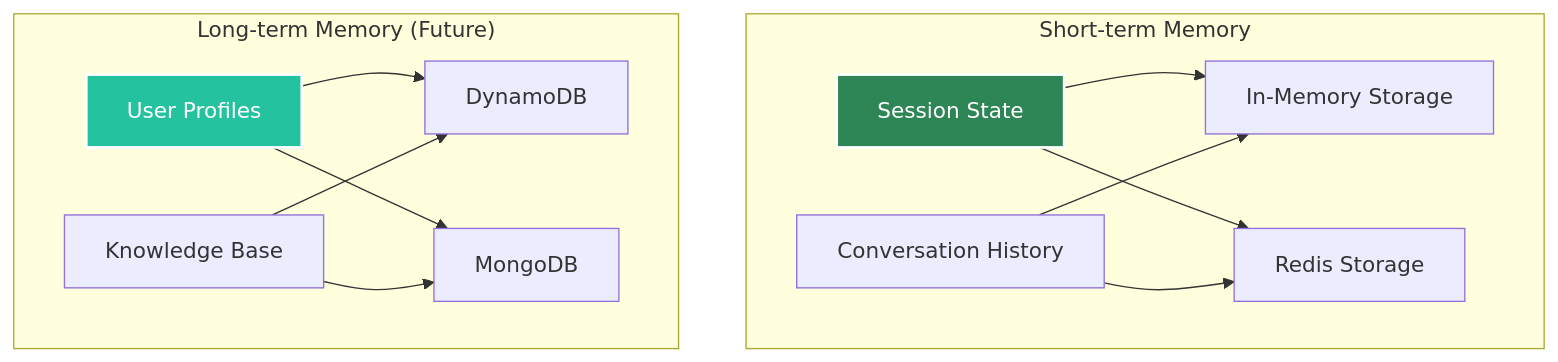
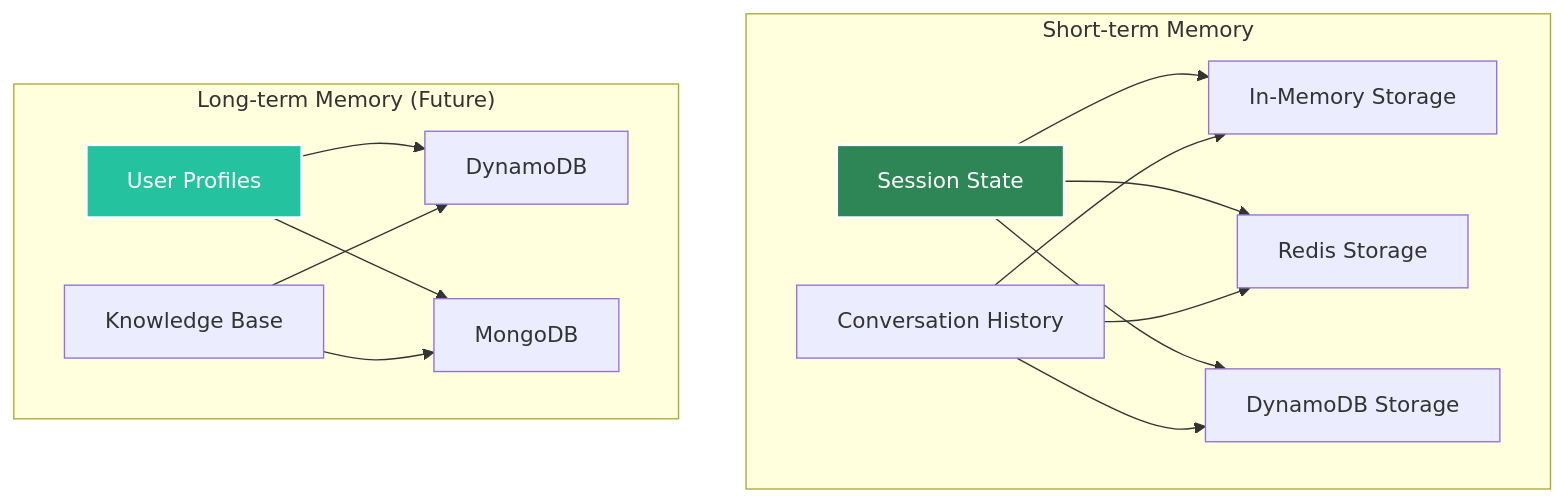
One commit to yaalalabs/agent-kernel changed the diagram in docs/docs/architecture/memory-management.md. Above: the diagram before and after it, drawn with Mermaid. The commit also changed other lines of this file and 9 other files, not shown here.

````diff
--- a/docs/docs/architecture/memory-management.md
+++ b/docs/docs/architecture/memory-management.md
@@ -11,29 +11,32 @@
 ```mermaid
 graph TB
     subgraph "Short-term Memory"
         A[Session State]
         B[Conversation History]
         C[In-Memory Storage]
         D[Redis Storage]
+        I[DynamoDB Storage]
     end
     
     subgraph "Long-term Memory (Future)"
         E[User Profiles]
         F[Knowledge Base]
         G[DynamoDB]
         H[MongoDB]
     end
     
     A --> C
     A --> D
+    A --> I
     B --> C
     B --> D
+    B --> I
     
     E --> G
     E --> H
     F --> G
     F --> H
     
     style A fill:#2e8555,stroke:#fff,stroke-width:2px,color:#fff
     style E fill:#25c2a0,stroke:#fff,stroke-width:2px,color:#fff
 ```
````
